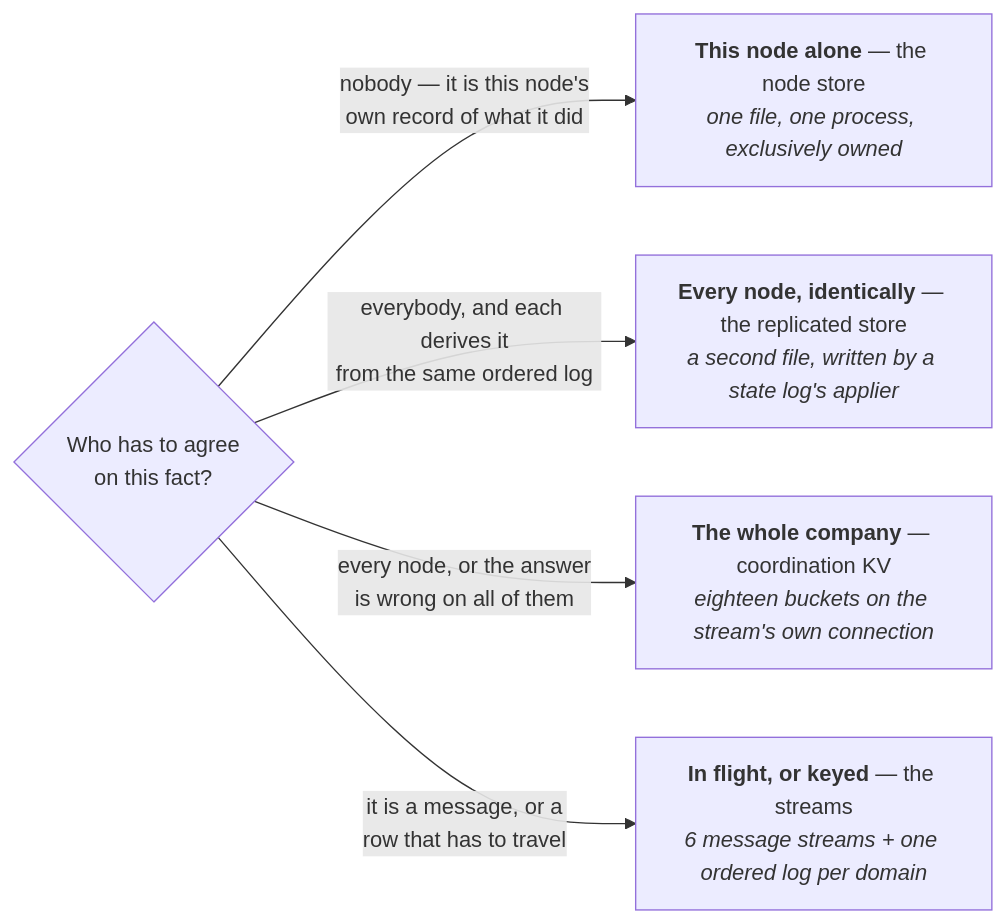
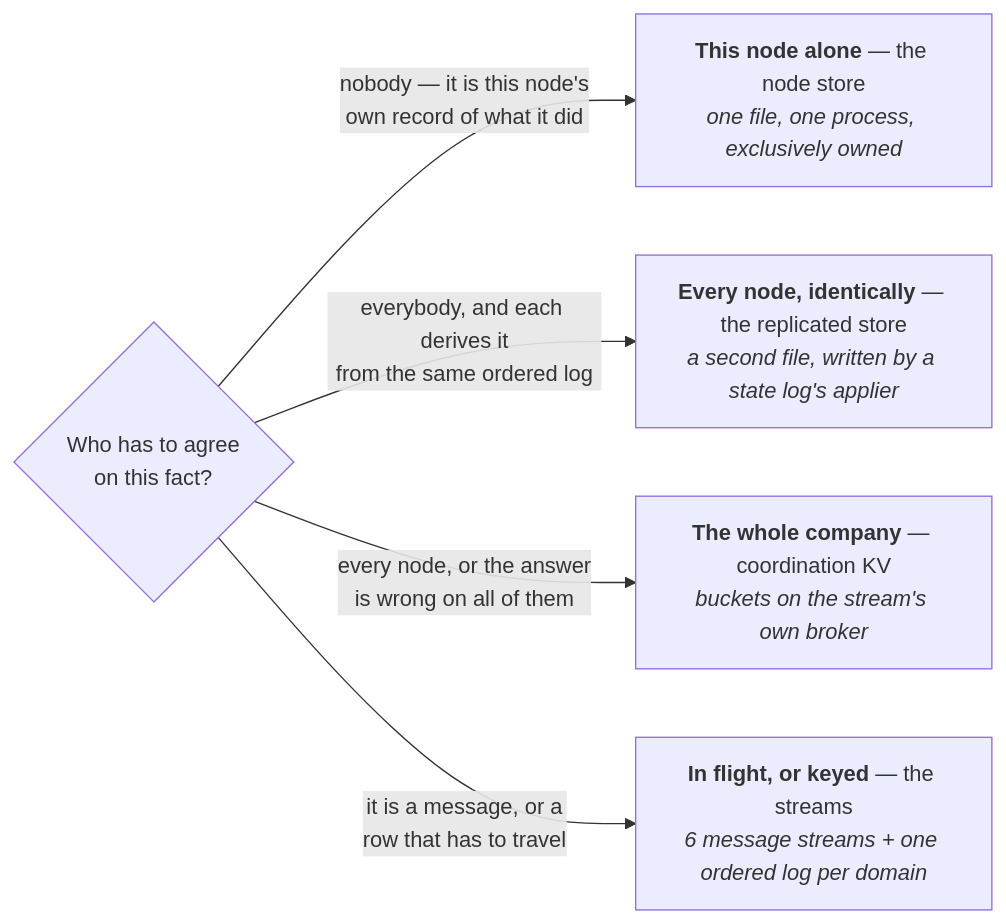
One commit to crewlet/crewlet changed the ninth of 10 diagrams in docs/concepts/architecture.md. Above: the diagram before and after it, drawn with Mermaid. The commit also changed other lines of this file and 41 other files, not shown here.

````diff
--- a/docs/concepts/architecture.md
+++ b/docs/concepts/architecture.md
@@ -497,13 +501,13 @@
 ```mermaid
 flowchart LR
     Q{"Who has to agree<br/>on this fact?"}
     LOCAL["<b>This node alone</b> — the node store<br/><i>one file, one process, exclusively owned</i>"]
     DERIVED["<b>Every node, identically</b> — the replicated store<br/><i>a second file, written by a state log's applier</i>"]
-    FLEET["<b>The whole company</b> — coordination KV<br/><i>eighteen buckets on the stream's own connection</i>"]
+    FLEET["<b>The whole company</b> — coordination KV<br/><i>buckets on the stream's own broker</i>"]
     STREAM["<b>In flight, or keyed</b> — the streams<br/><i>6 message streams + one ordered log per domain</i>"]
 
     Q -->|"nobody — it is this node's<br/>own record of what it did"| LOCAL
     Q -->|"everybody, and each derives it<br/>from the same ordered log"| DERIVED
     Q -->|"every node, or the answer<br/>is wrong on all of them"| FLEET
     Q -->|"it is a message, or a<br/>row that has to travel"| STREAM
 ```
````
